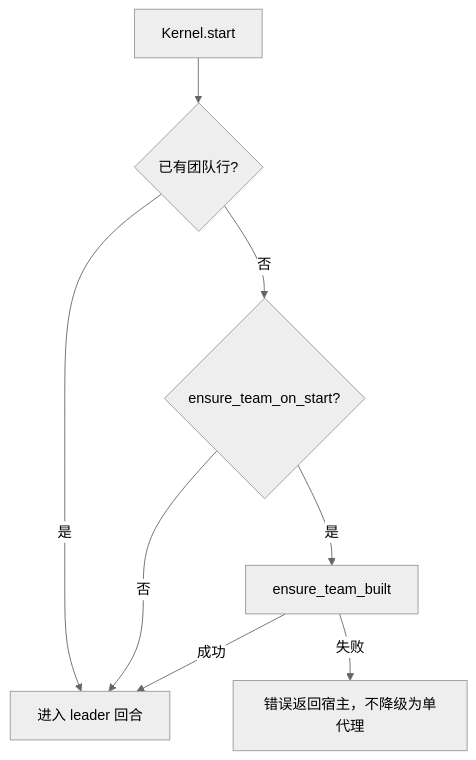
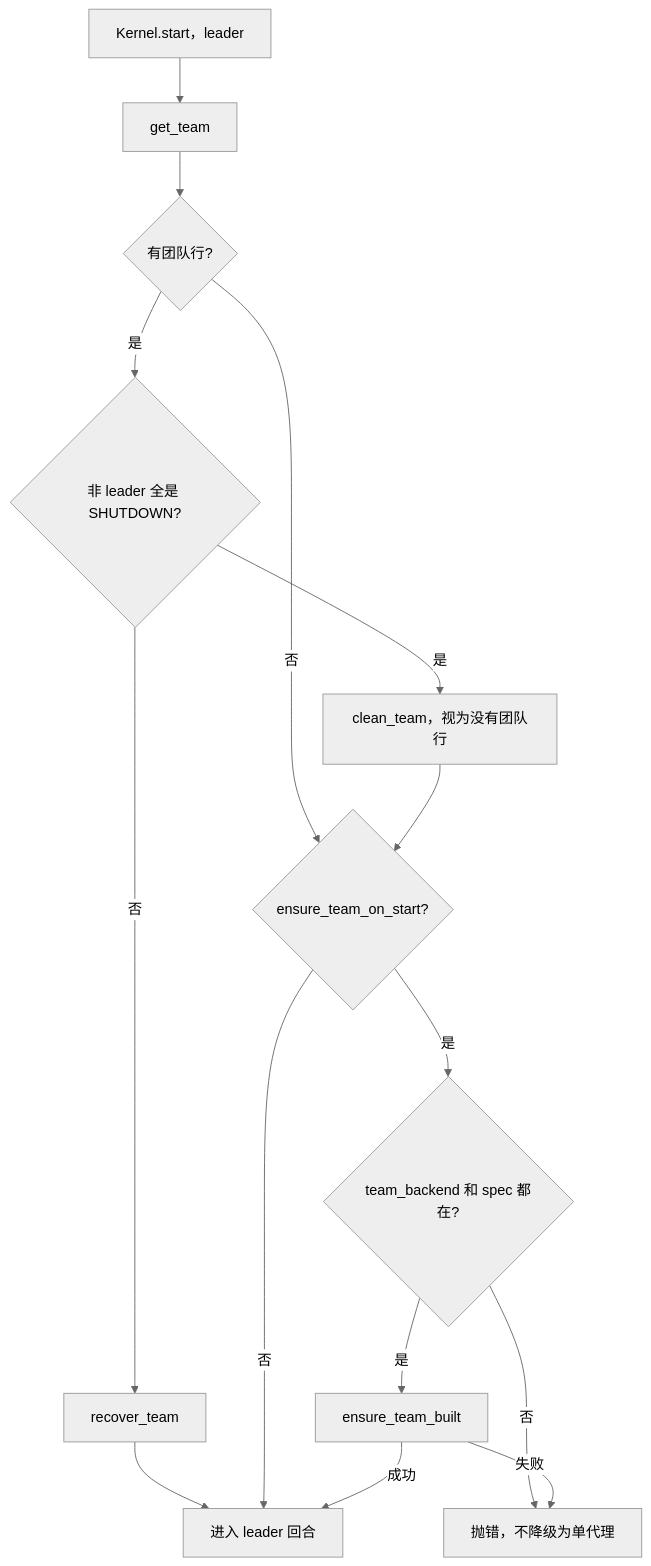
Before and after one commit to openJiuwen-ai/agent-core: the fourth of 4 diagrams in openjiuwen/agent_teams/docs/designs/project-space-agent-core-requirements.md, drawn with Mermaid (neutral theme). The commit also changed other lines of this file and 17 other files, not shown here.

````diff
--- a/openjiuwen/agent_teams/docs/designs/project-space-agent-core-requirements.md
+++ b/openjiuwen/agent_teams/docs/designs/project-space-agent-core-requirements.md
@@ -303,10 +335,17 @@
 ```mermaid
 flowchart TD
-    S["Kernel.start"] --> Q{"已有团队行?"}
-    Q -->|是| Run["进入 leader 回合"]
-    Q -->|否| F{"ensure_team_on_start?"}
-    F -->|否| Run
-    F -->|是| B["ensure_team_built"]
+    S["Kernel.start，leader"] --> P["get_team"]
+    P --> Has{"有团队行?"}
+    Has -->|否| Q{"ensure_team_on_start?"}
+    Has -->|是| C{"非 leader 全是 SHUTDOWN?"}
+    C -->|是| Clean["clean_team，视为没有团队行"]
+    C -->|否| Rec["recover_team"]
+    Clean --> Q
+    Rec --> Run["进入 leader 回合"]
+    Q -->|否| Run
+    Q -->|是| Be{"team_backend 和 spec 都在?"}
+    Be -->|否| E["抛错，不降级为单代理"]
+    Be -->|是| B["ensure_team_built"]
     B -->|成功| Run
-    B -->|失败| E["错误返回宿主，不降级为单代理"]
+    B -->|失败| E
 ```
````
